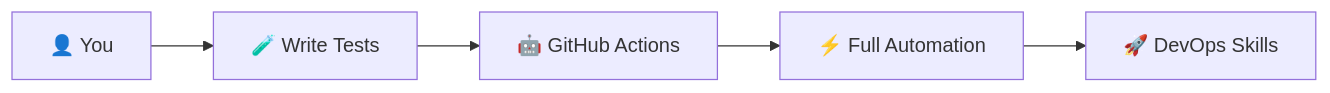
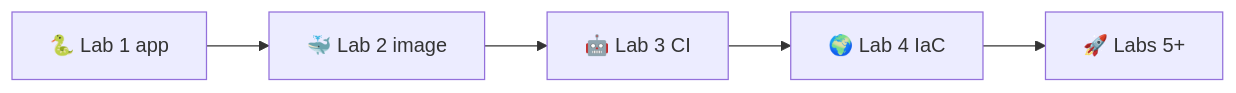
Before and after one commit to inno-devops-labs/DevOps-Core-Course: the seventh of 7 diagrams in lectures/lec3.md, drawn with Mermaid. The commit also changed other lines of this file and 24 other files, not shown here.

````diff
--- a/lectures/lec3.md
+++ b/lectures/lec3.md
@@ -947,7 +575,7 @@
 ```mermaid
 flowchart LR
-  You[👤 You] --> Tests[🧪 Write Tests]
-  Tests --> CI[🤖 GitHub Actions]
-  CI --> Automation[⚡ Full Automation]
-  Automation --> Career[🚀 DevOps Skills]
+  Lab1[🐍 Lab 1 app] --> Lab2[🐳 Lab 2 image]
+  Lab2 --> Lab3[🤖 Lab 3 CI]
+  Lab3 --> Lab4[🌍 Lab 4 IaC]
+  Lab4 --> Future[🚀 Labs 5+]
 ```
````
